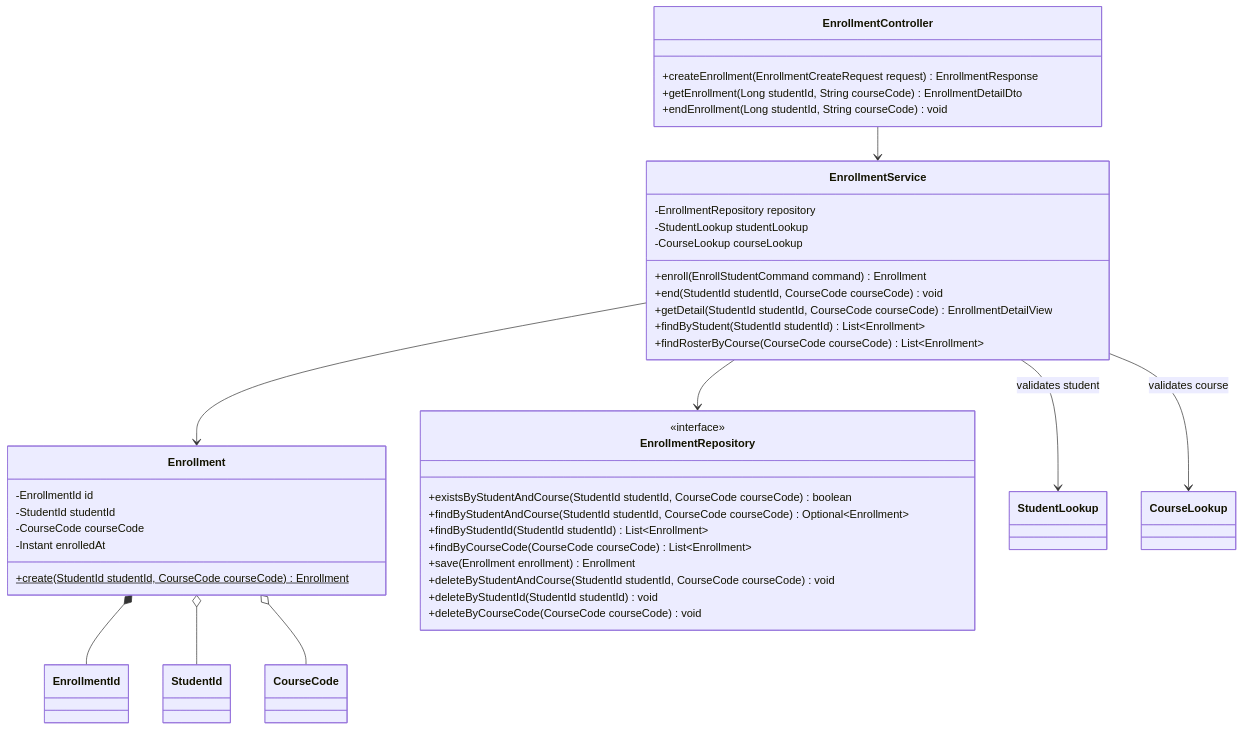
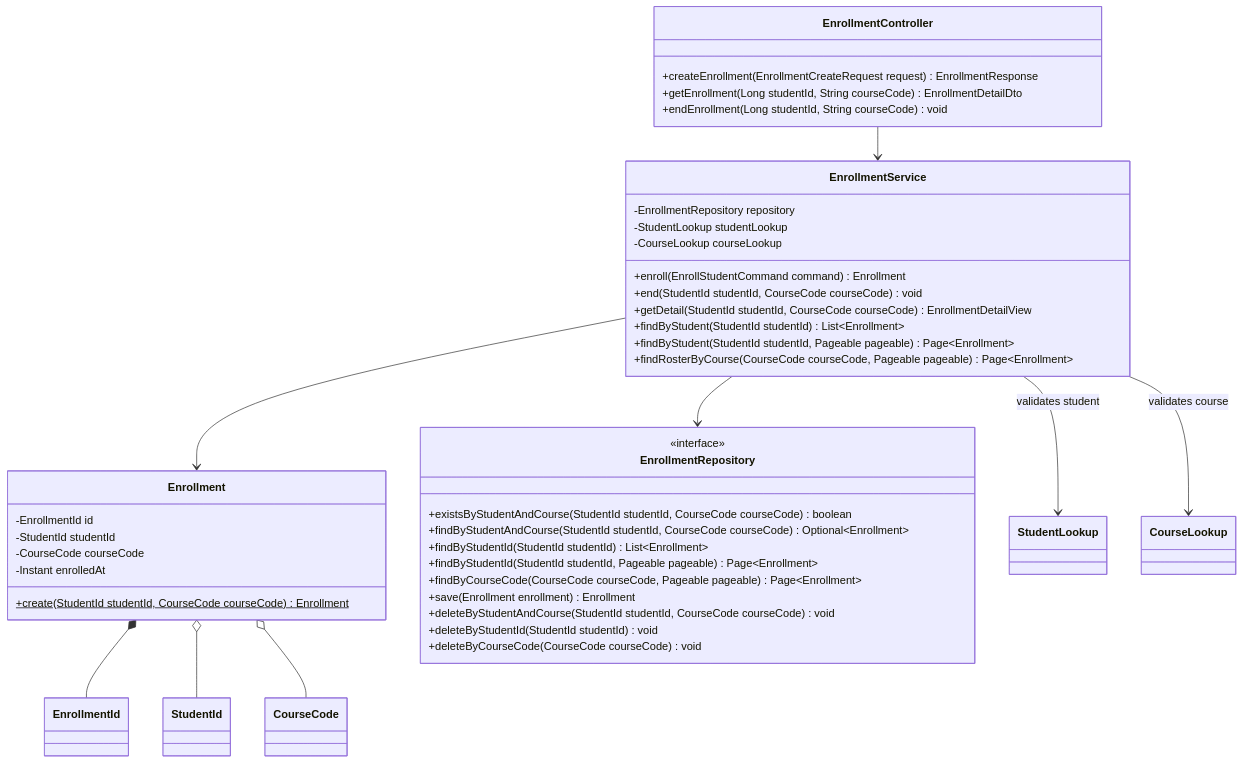
One commit to phuchoang2005/Student-Management-System changed the fifth of 6 diagrams in docs/SA-docs/06-low-level-design.md. Above: the diagram before and after it, drawn with Mermaid. The commit also changed other lines of this file and 20 other files, not shown here.

````diff
--- a/docs/SA-docs/06-low-level-design.md
+++ b/docs/SA-docs/06-low-level-design.md
@@ -462,44 +465,46 @@
 ```mermaid
 classDiagram
     class EnrollmentController {
         +createEnrollment(EnrollmentCreateRequest request) EnrollmentResponse
         +getEnrollment(Long studentId, String courseCode) EnrollmentDetailDto
         +endEnrollment(Long studentId, String courseCode) void
     }
     class EnrollmentService {
         -EnrollmentRepository repository
         -StudentLookup studentLookup
         -CourseLookup courseLookup
         +enroll(EnrollStudentCommand command) Enrollment
         +end(StudentId studentId, CourseCode courseCode) void
         +getDetail(StudentId studentId, CourseCode courseCode) EnrollmentDetailView
         +findByStudent(StudentId studentId) List~Enrollment~
-        +findRosterByCourse(CourseCode courseCode) List~Enrollment~
+        +findByStudent(StudentId studentId, Pageable pageable) Page~Enrollment~
+        +findRosterByCourse(CourseCode courseCode, Pageable pageable) Page~Enrollment~
     }
     class Enrollment {
         -EnrollmentId id
         -StudentId studentId
         -CourseCode courseCode
         -Instant enrolledAt
         +create(StudentId studentId, CourseCode courseCode)$ Enrollment
     }
     class EnrollmentRepository {
         <<interface>>
         +existsByStudentAndCourse(StudentId studentId, CourseCode courseCode) boolean
         +findByStudentAndCourse(StudentId studentId, CourseCode courseCode) Optional~Enrollment~
         +findByStudentId(StudentId studentId) List~Enrollment~
-        +findByCourseCode(CourseCode courseCode) List~Enrollment~
+        +findByStudentId(StudentId studentId, Pageable pageable) Page~Enrollment~
+        +findByCourseCode(CourseCode courseCode, Pageable pageable) Page~Enrollment~
         +save(Enrollment enrollment) Enrollment
         +deleteByStudentAndCourse(StudentId studentId, CourseCode courseCode) void
         +deleteByStudentId(StudentId studentId) void
         +deleteByCourseCode(CourseCode courseCode) void
     }
     EnrollmentController --> EnrollmentService
     EnrollmentService --> Enrollment
     EnrollmentService --> EnrollmentRepository
     EnrollmentService --> StudentLookup : validates student
     EnrollmentService --> CourseLookup : validates course
     Enrollment *-- EnrollmentId
     Enrollment o-- StudentId
     Enrollment o-- CourseCode
 ```
````
